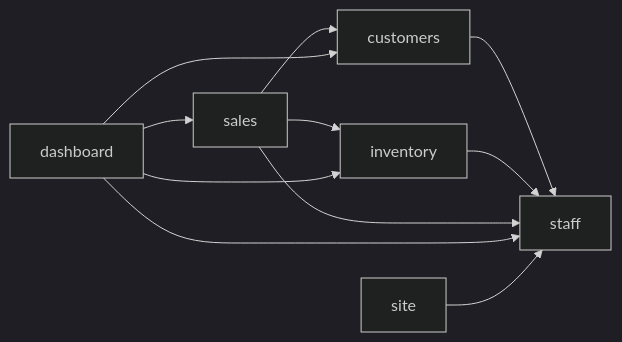
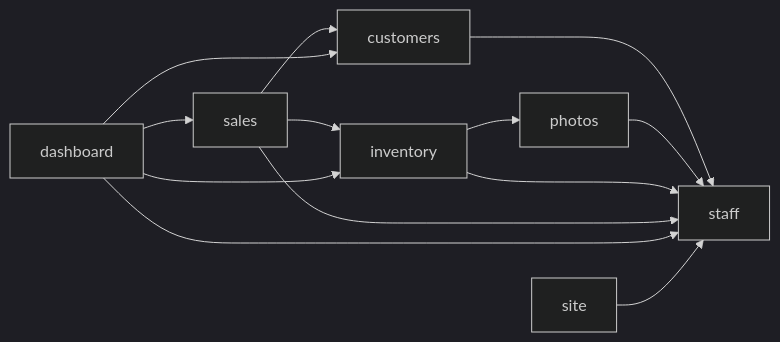
Before and after one commit to Ignibyte/aic-demo: the diagram in docs/wiki/README.md, drawn with Mermaid (dark theme). The commit also changed other lines of this file and 73 other files, not shown here.

````diff
--- a/docs/wiki/README.md
+++ b/docs/wiki/README.md
@@ -58,14 +60,16 @@
 ```mermaid
 graph LR
     staff
     customers --> staff
+    photos --> staff
     inventory --> staff
+    inventory --> photos
     sales --> inventory
     sales --> customers
     sales --> staff
     dashboard --> customers
     dashboard --> inventory
     dashboard --> sales
     dashboard --> staff
     site --> staff
 ```
````
